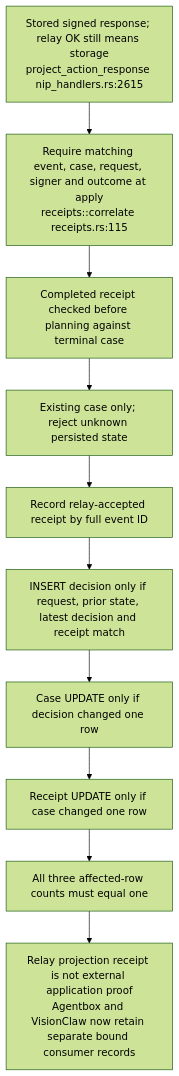
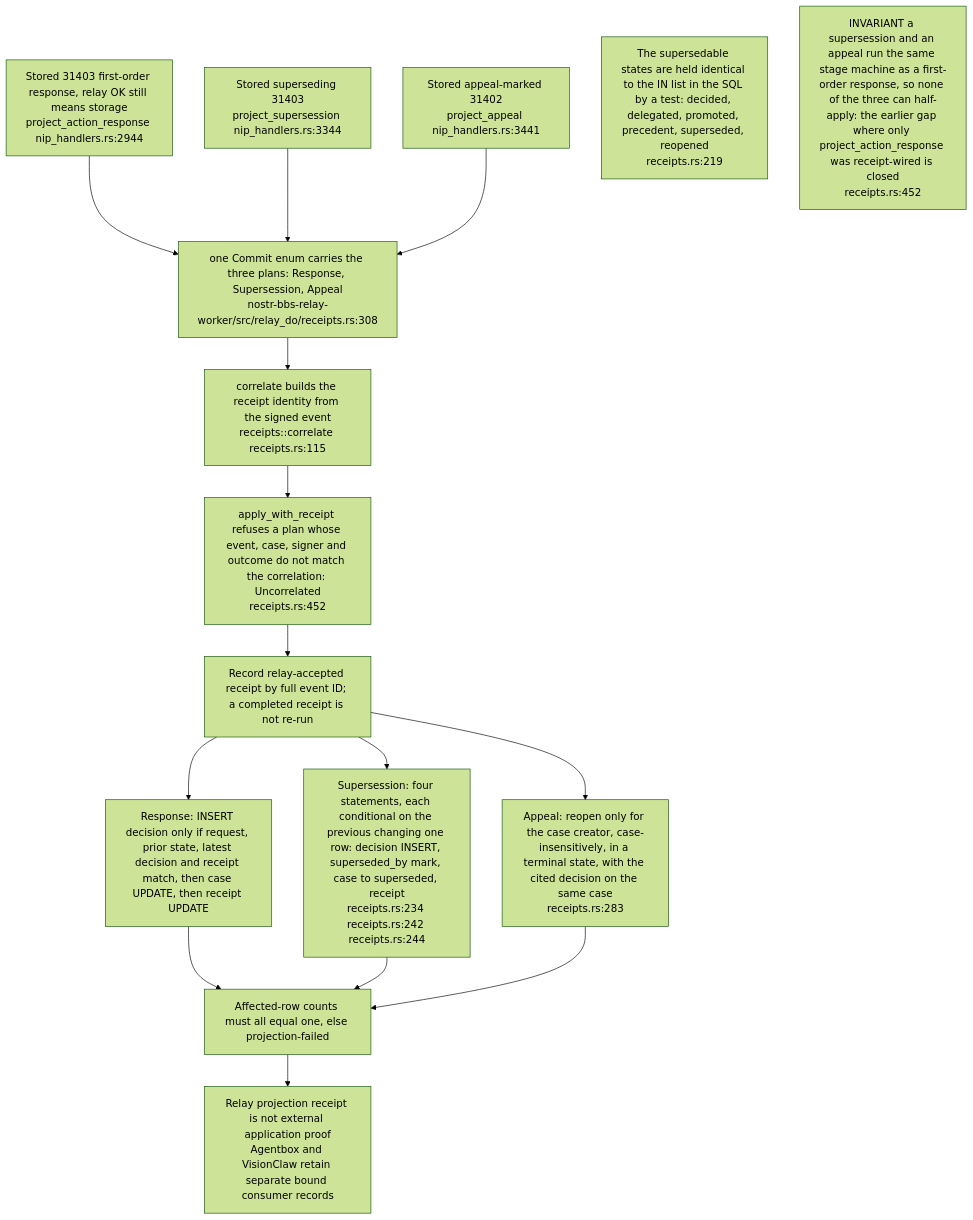
One commit to DreamLab-AI/VisionFlow changed the ninth of 17 diagrams in docs/diagrams/nostr-rust-forum/06-agent-control-surface-31400-31405.md. Above: the diagram before and after it, drawn with Mermaid (forest theme). The commit also changed other lines of this file and 160 other files, not shown here.

````diff
--- a/docs/diagrams/nostr-rust-forum/06-agent-control-surface-31400-31405.md
+++ b/docs/diagrams/nostr-rust-forum/06-agent-control-surface-31400-31405.md
@@ -271,12 +275,21 @@
 ```mermaid
 flowchart TB
-    EVENT["Stored signed response; relay OK still means storage<br/>project_action_response nip_handlers.rs:2615"] --> CORR["Require matching event, case, request, signer and outcome at apply<br/>receipts::correlate receipts.rs:115"]
-    CORR --> REPLAY["Completed receipt checked before planning against terminal case"]
-    REPLAY --> PLAN["Existing case only; reject unknown persisted state"]
-    PLAN --> ACCEPT["Record relay-accepted receipt by full event ID"]
-    ACCEPT --> SQL["INSERT decision only if request, prior state, latest decision and receipt match"]
-    SQL --> CASE["Case UPDATE only if decision changed one row"]
-    CASE --> RECEIPT["Receipt UPDATE only if case changed one row"]
-    RECEIPT --> CHECK["All three affected-row counts must equal one"]
-    CHECK --> LIMIT["Relay projection receipt is not external application proof<br/>Agentbox and VisionClaw now retain separate bound consumer records"]
+    RESP["Stored 31403 first-order response, relay OK still means storage<br/>project_action_response nip_handlers.rs:2944"]
+    SUP["Stored superseding 31403<br/>project_supersession nip_handlers.rs:3344"]
+    APP["Stored appeal-marked 31402<br/>project_appeal nip_handlers.rs:3441"]
+    COMMIT["one Commit enum carries the three plans: Response, Supersession, Appeal<br/>nostr-bbs-relay-worker/src/relay_do/receipts.rs:308"]
+    CORR["correlate builds the receipt identity from the signed event<br/>receipts::correlate receipts.rs:115"]
+    MATCH["apply_with_receipt refuses a plan whose event, case, signer and outcome do not match the correlation: Uncorrelated<br/>receipts.rs:452"]
+    ACCEPT["Record relay-accepted receipt by full event ID; a completed receipt is not re-run"]
+    SQLR["Response: INSERT decision only if request, prior state, latest decision and receipt match, then case UPDATE, then receipt UPDATE"]
+    SQLS["Supersession: four statements, each conditional on the previous changing one row: decision INSERT, superseded_by mark, case to superseded, receipt<br/>receipts.rs:234 receipts.rs:242 receipts.rs:244"]
+    SQLA["Appeal: reopen only for the case creator, case-insensitively, in a terminal state, with the cited decision on the same case<br/>receipts.rs:283"]
+    CHECK["Affected-row counts must all equal one, else projection-failed"]
+    LIMIT["Relay projection receipt is not external application proof<br/>Agentbox and VisionClaw retain separate bound consumer records"]
+
+    RESP & SUP & APP --> COMMIT --> CORR --> MATCH --> ACCEPT
+    ACCEPT --> SQLR & SQLS & SQLA --> CHECK --> LIMIT
+
+    N1["The supersedable states are held identical to the IN list in the SQL by a test: decided, delegated, promoted, precedent, superseded, reopened<br/>receipts.rs:219"]
+    N2["INVARIANT a supersession and an appeal run the same stage machine as a first-order response, so none of the three can half-apply: the earlier gap where only project_action_response was receipt-wired is closed<br/>receipts.rs:452"]
 ```
````
